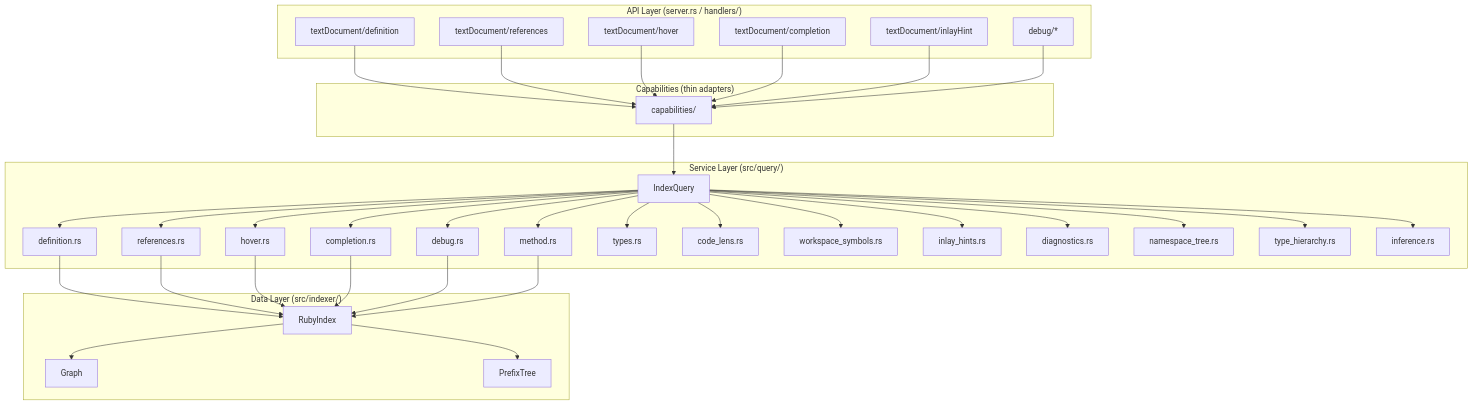
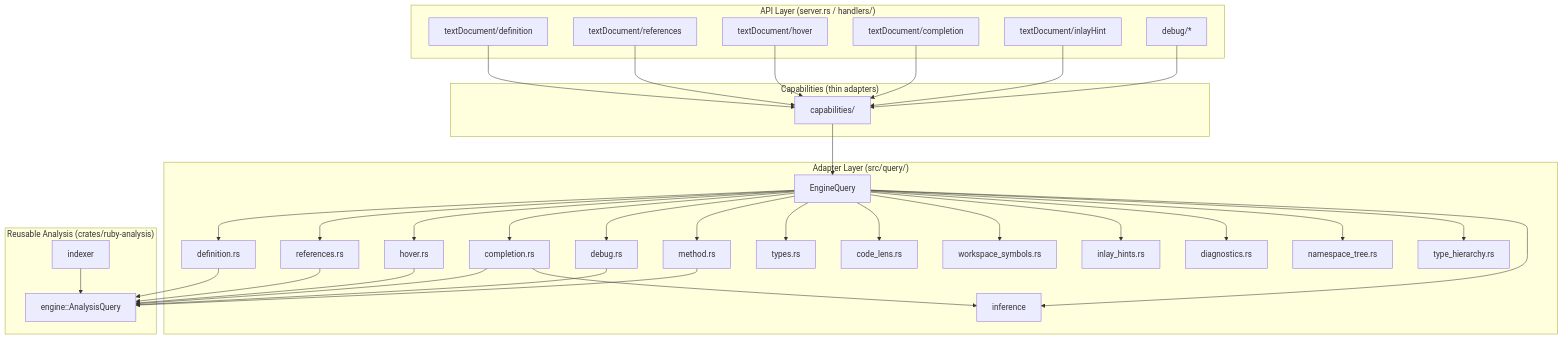
The first of 2 diagrams in .ai/specs/query-engine/design.md (rajnaveen344/ruby-fast-lsp), drawn with Mermaid before and after one commit. The commit also changed other lines of this file and 11 other files, not shown here.

````diff
--- a/.ai/specs/query-engine/design.md
+++ b/.ai/specs/query-engine/design.md
@@ -9,73 +12,73 @@
 ```mermaid
 graph TB
     subgraph "API Layer (server.rs / handlers/)"
         TD[textDocument/definition]
         TR[textDocument/references]
         TH[textDocument/hover]
         TC[textDocument/completion]
         TI[textDocument/inlayHint]
         TDB[debug/*]
     end
 
     subgraph "Capabilities (thin adapters)"
         CAP[capabilities/]
     end
 
-    subgraph "Service Layer (src/query/)"
-        IQ[IndexQuery]
+    subgraph "Adapter Layer (src/query/)"
+        IQ[EngineQuery]
         DEF[definition.rs]
         REF[references.rs]
         HOV[hover.rs]
         COMP[completion.rs]
         DBG[debug.rs]
         METH[method.rs]
         TYPES[types.rs]
         CL[code_lens.rs]
         WS[workspace_symbols.rs]
         IH[inlay_hints.rs]
         DIAG[diagnostics.rs]
         NS[namespace_tree.rs]
         TH2[type_hierarchy.rs]
         INF[inference.rs]
     end
 
-    subgraph "Data Layer (src/indexer/)"
-        IDX[RubyIndex]
-        GRAPH[Graph]
-        PT[PrefixTree]
+    subgraph "Reusable Analysis (crates/ruby-analysis)"
+        ENG[engine::AnalysisQuery]
+        INF[inference]
+        IDX[indexer]
     end
 
     TD --> CAP
     TR --> CAP
     TH --> CAP
     TC --> CAP
     TI --> CAP
     TDB --> CAP
 
     CAP --> IQ
 
     IQ --> DEF
     IQ --> REF
     IQ --> HOV
     IQ --> COMP
     IQ --> DBG
     IQ --> METH
     IQ --> TYPES
     IQ --> CL
     IQ --> WS
     IQ --> IH
     IQ --> DIAG
     IQ --> NS
     IQ --> TH2
     IQ --> INF
 
-    DEF --> IDX
-    REF --> IDX
-    HOV --> IDX
-    COMP --> IDX
-    DBG --> IDX
-    METH --> IDX
+    DEF --> ENG
+    REF --> ENG
+    HOV --> ENG
+    COMP --> ENG
+    COMP --> INF
+    DBG --> ENG
+    METH --> ENG
 
-    IDX --> GRAPH
-    IDX --> PT
+    IDX --> ENG
 ```
````
